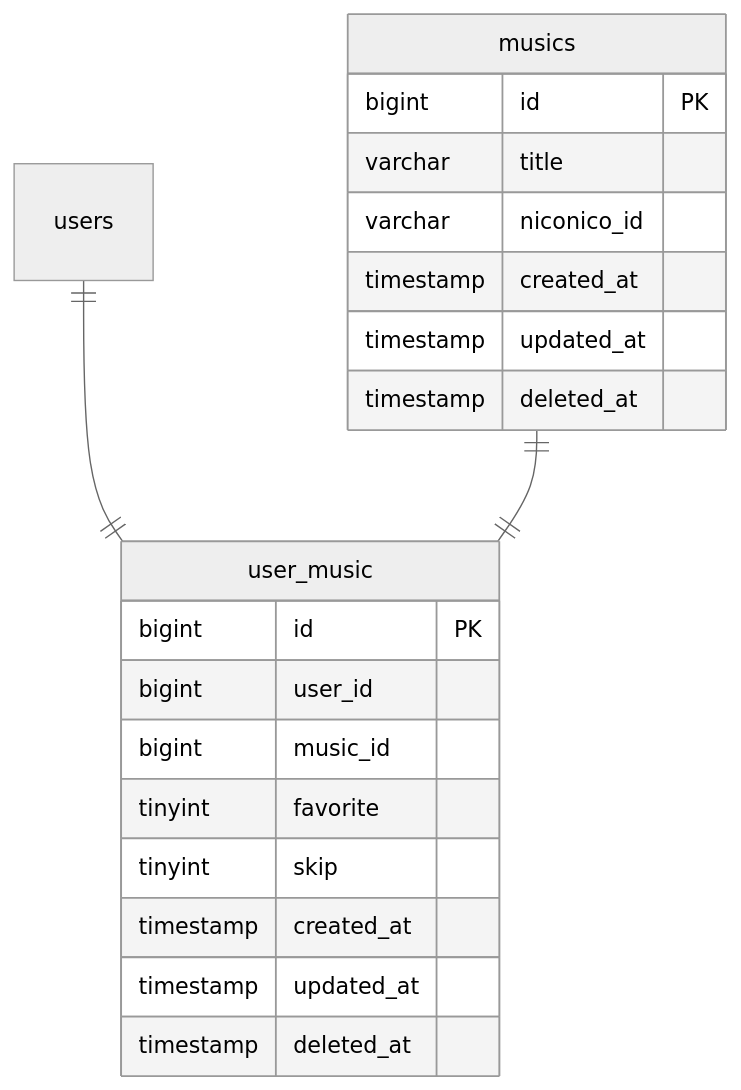
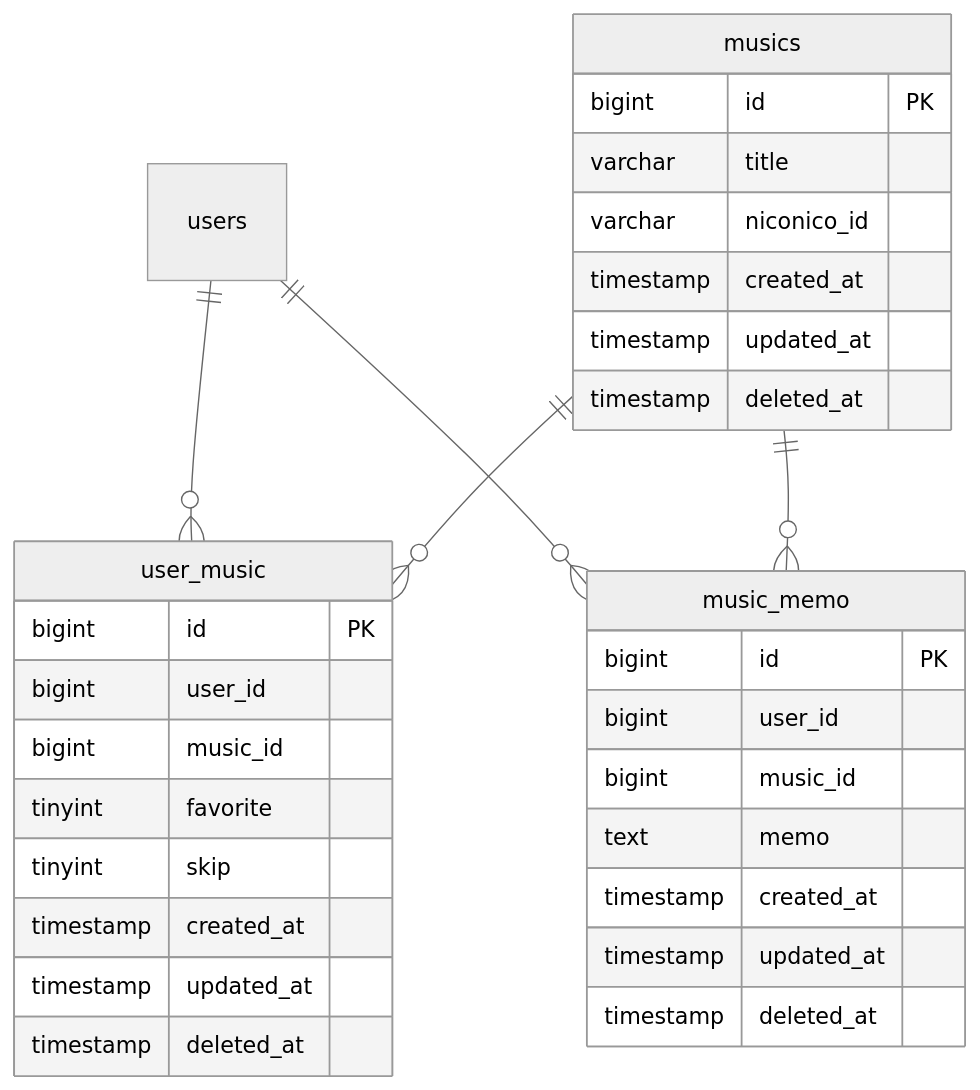
One commit to PONzu-0529/ponzu0529-niconico changed the fifth of 5 diagrams in Doc/MylistAssistant.md. Above: the diagram before and after it, drawn with Mermaid (neutral theme). The commit also changed other lines of this file and 3 other files, not shown here.

````diff
--- a/Doc/MylistAssistant.md
+++ b/Doc/MylistAssistant.md
@@ -127,27 +133,39 @@
 ```mermaid
 erDiagram
     users
 
     musics {
         bigint id PK
         varchar title
         varchar niconico_id
         timestamp created_at
         timestamp updated_at
         timestamp deleted_at
     }
 
     user_music {
         bigint id PK
         bigint user_id
         bigint music_id
         tinyint favorite
         tinyint skip
         timestamp created_at
         timestamp updated_at
         timestamp deleted_at
     }
 
-    users ||--|| user_music : ""
-    musics ||--|| user_music : ""
+    music_memo {
+        bigint id PK
+        bigint user_id
+        bigint music_id
+        text memo
+        timestamp created_at
+        timestamp updated_at
+        timestamp deleted_at
+    }
+
+    users ||--o{ user_music : ""
+    musics ||--o{ user_music : ""
+    users ||--o{ music_memo : ""
+    musics ||--o{ music_memo : ""
 ```
````
